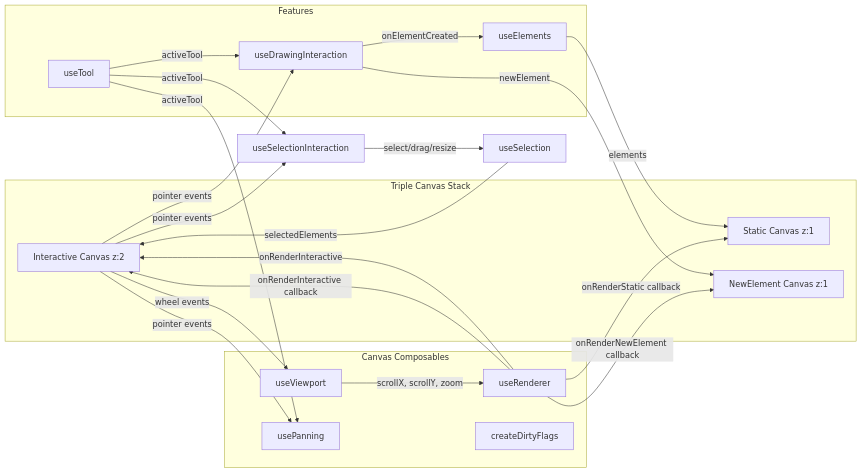
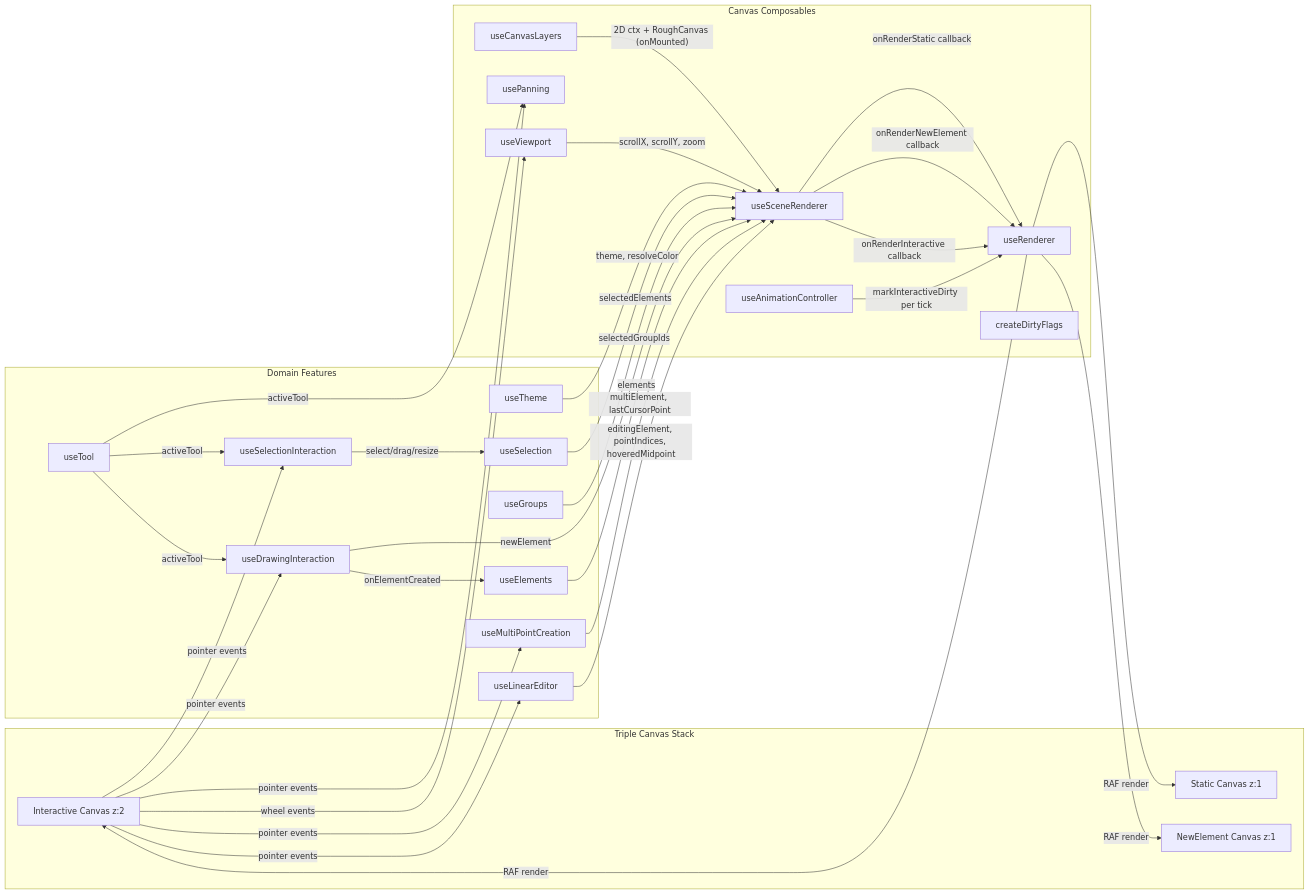
Before and after one commit to alexanderop/excalidrawNuxt: the diagram in docs/diagrams/canvas-architecture.md, drawn with Mermaid. The commit also changed other lines of this file and 74 other files, not shown here.

````diff
--- a/docs/diagrams/canvas-architecture.md
+++ b/docs/diagrams/canvas-architecture.md
@@ -5,39 +5,59 @@
 ```mermaid
 flowchart LR
     subgraph "Triple Canvas Stack"
         SC[Static Canvas z:1]
         NC[NewElement Canvas z:1]
         IC[Interactive Canvas z:2]
     end
 
     subgraph "Canvas Composables"
         VP[useViewport]
         RD[useRenderer]
+        SR[useSceneRenderer]
         PN[usePanning]
         DF2[createDirtyFlags]
+        CL[useCanvasLayers]
+        AC[useAnimationController]
     end
 
-    subgraph "Features"
+    subgraph "Domain Features"
         EL[useElements]
         TL[useTool]
         DI[useDrawingInteraction]
+        SI[useSelectionInteraction]
+        SEL[useSelection]
+        MPC[useMultiPointCreation]
+        LE[useLinearEditor]
+        GR[useGroups]
+        TH[useTheme]
     end
 
-    VP -->|scrollX, scrollY, zoom| RD
-    RD -->|onRenderStatic callback| SC
-    RD -->|onRenderNewElement callback| NC
-    RD -->|onRenderInteractive callback| IC
+    CL -->|"2D ctx + RoughCanvas (onMounted)"| SR
+    VP -->|scrollX, scrollY, zoom| SR
+    SR -->|onRenderStatic callback| RD
+    SR -->|onRenderNewElement callback| RD
+    SR -->|onRenderInteractive callback| RD
+    RD -->|RAF render| SC
+    RD -->|RAF render| NC
+    RD -->|RAF render| IC
+    TH -->|theme, resolveColor| SR
+
     IC -->|wheel events| VP
     IC -->|pointer events| PN
     IC -->|pointer events| DI
     IC -->|pointer events| SI
-    SI[useSelectionInteraction] -->|select/drag/resize| SEL[useSelection]
-    SEL -->|selectedElements| IC
-    RD -->|onRenderInteractive| IC
+    IC -->|pointer events| MPC
+    IC -->|pointer events| LE
+    SI -->|select/drag/resize| SEL
+    SEL -->|selectedElements| SR
+    GR -->|selectedGroupIds| SR
     TL -->|activeTool| SI
     TL -->|activeTool| PN
     TL -->|activeTool| DI
-    DI -->|newElement| NC
+    DI -->|newElement| SR
     DI -->|onElementCreated| EL
-    EL -->|elements| SC
+    EL -->|elements| SR
+    MPC -->|multiElement, lastCursorPoint| SR
+    LE -->|editingElement, pointIndices, hoveredMidpoint| SR
+    AC -->|markInteractiveDirty per tick| RD
 ```
````
